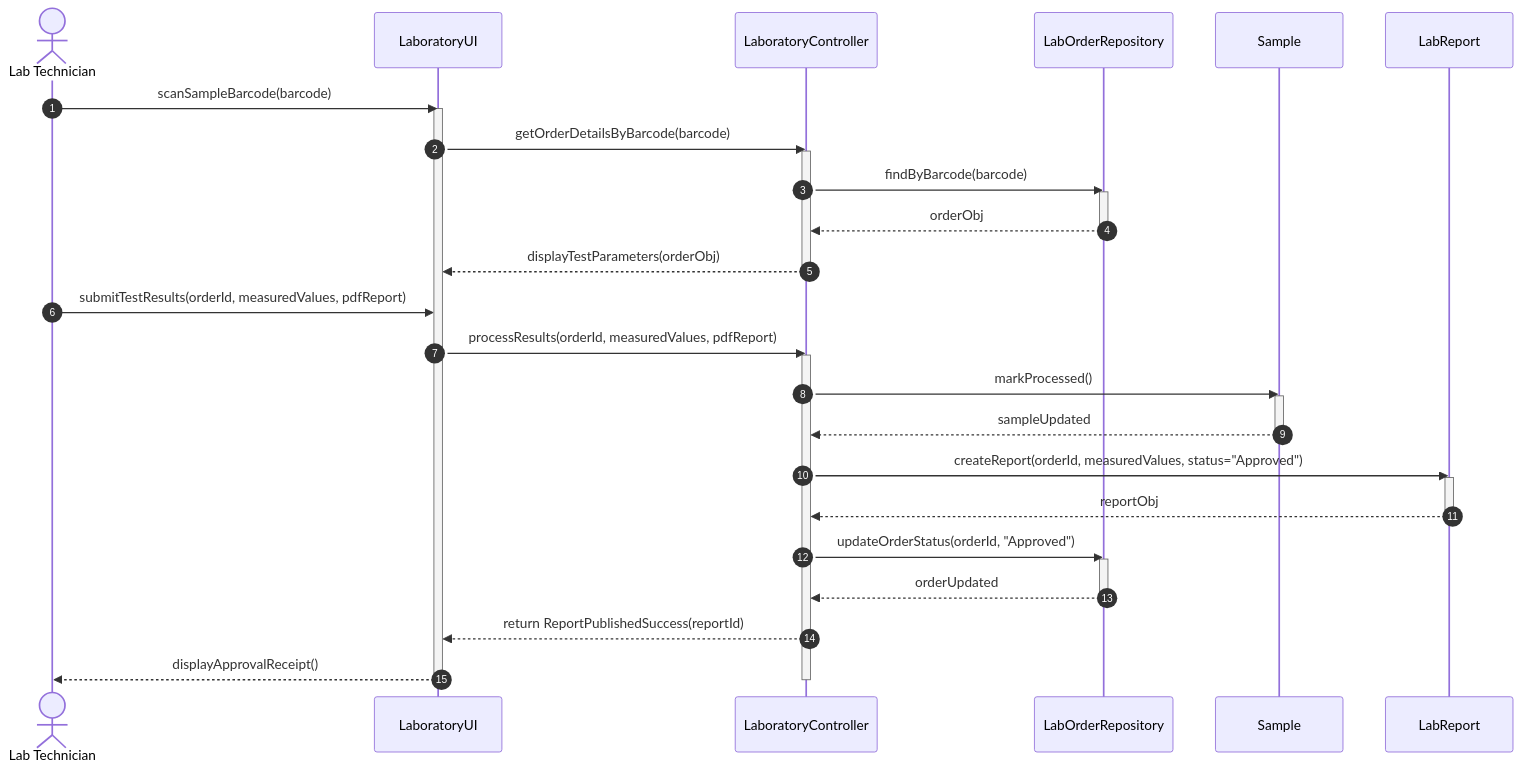
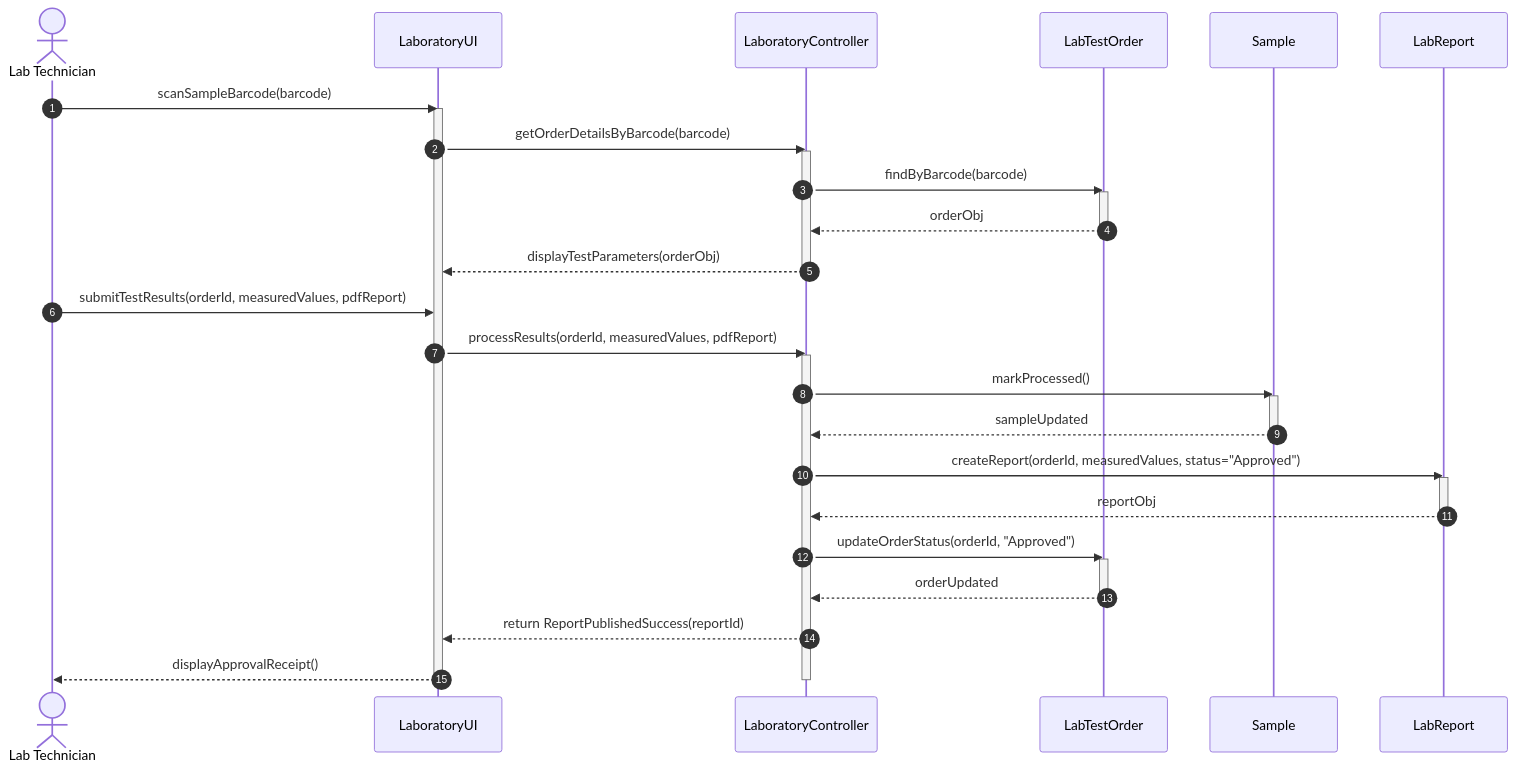
The diagram in experiment-06/detailed-sequence-diagrams/dsd-04-laboratory-testing.mmd (saipraveen-k/Smart-Hospital-Management-System---UML), drawn with Mermaid before and after one commit. The commit also changed 11 other files, not shown here.

Commit message:
docs: add actor definitions, use case diagrams, and detailed sequence diagrams for the Smart Hospital Management System.

```diff
--- a/experiment-06/detailed-sequence-diagrams/dsd-04-laboratory-testing.mmd
+++ b/experiment-06/detailed-sequence-diagrams/dsd-04-laboratory-testing.mmd
@@ -1,39 +1,39 @@
 sequenceDiagram
     autonumber
     actor Tech as Lab Technician
     participant UI as LaboratoryUI
     participant Ctrl as LaboratoryController
-    participant OrderRepo as LabOrderRepository
+    participant OrderEntity as LabTestOrder
     participant SampleEntity as Sample
     participant ReportEntity as LabReport
 
     Tech->>UI: scanSampleBarcode(barcode)
     activate UI
     UI->>Ctrl: getOrderDetailsByBarcode(barcode)
     activate Ctrl
-    Ctrl->>OrderRepo: findByBarcode(barcode)
-    activate OrderRepo
-    OrderRepo-->>Ctrl: orderObj
-    deactivate OrderRepo
+    Ctrl->>OrderEntity: findByBarcode(barcode)
+    activate OrderEntity
+    OrderEntity-->>Ctrl: orderObj
+    deactivate OrderEntity
     Ctrl-->>UI: displayTestParameters(orderObj)
     deactivate Ctrl
 
     Tech->>UI: submitTestResults(orderId, measuredValues, pdfReport)
     UI->>Ctrl: processResults(orderId, measuredValues, pdfReport)
     activate Ctrl
     Ctrl->>SampleEntity: markProcessed()
     activate SampleEntity
     SampleEntity-->>Ctrl: sampleUpdated
     deactivate SampleEntity
     Ctrl->>ReportEntity: createReport(orderId, measuredValues, status="Approved")
     activate ReportEntity
     ReportEntity-->>Ctrl: reportObj
     deactivate ReportEntity
-    Ctrl->>OrderRepo: updateOrderStatus(orderId, "Approved")
-    activate OrderRepo
-    OrderRepo-->>Ctrl: orderUpdated
-    deactivate OrderRepo
+    Ctrl->>OrderEntity: updateOrderStatus(orderId, "Approved")
+    activate OrderEntity
+    OrderEntity-->>Ctrl: orderUpdated
+    deactivate OrderEntity
     Ctrl-->>UI: return ReportPublishedSuccess(reportId)
     UI-->>Tech: displayApprovalReceipt()
     deactivate Ctrl
     deactivate UI
```
